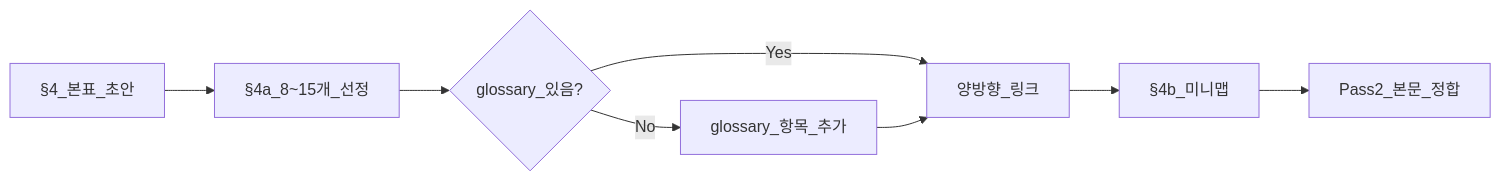
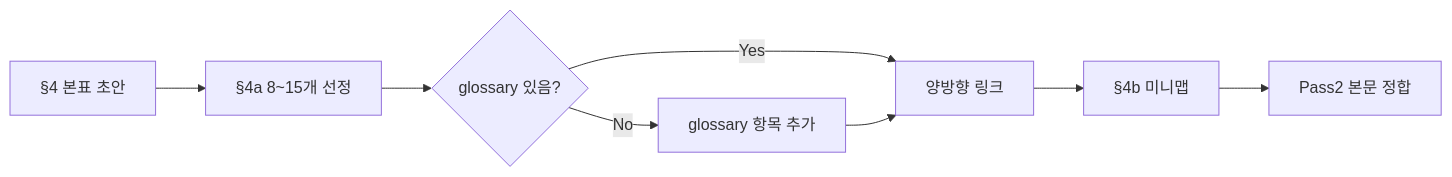
One commit to goldanghenry/Finances changed the second of 5 diagrams in docs/TERMINOLOGY-STANDARD.md. Above: the diagram before and after it, drawn with Mermaid. The commit also changed 211 other files, not shown here.

````diff
--- a/docs/TERMINOLOGY-STANDARD.md
+++ b/docs/TERMINOLOGY-STANDARD.md
@@ -146,10 +146,10 @@
 ```mermaid
 flowchart LR
-  Draft[§4_본표_초안] --> Pick[§4a_8~15개_선정]
-  Pick --> G{glossary_있음?}
-  G -->|No| Add[glossary_항목_추가]
-  G -->|Yes| Link[양방향_링크]
+  Draft["§4 본표 초안"] --> Pick["§4a 8~15개 선정"]
+  Pick --> G{"glossary 있음?"}
+  G -->|No| Add["glossary 항목 추가"]
+  G -->|Yes| Link["양방향 링크"]
   Add --> Link
-  Link --> Map[§4b_미니맵]
-  Map --> Pass2[Pass2_본문_정합]
+  Link --> Map["§4b 미니맵"]
+  Map --> Pass2["Pass2 본문 정합"]
 ```
````
